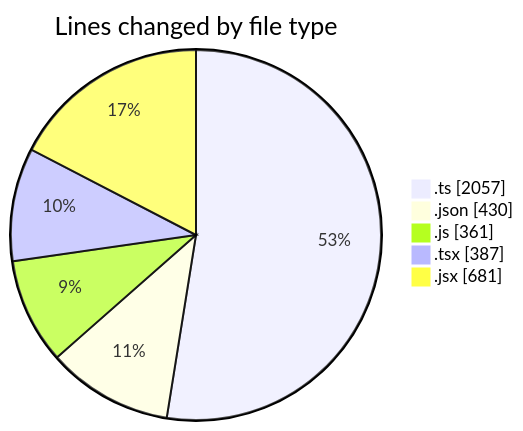
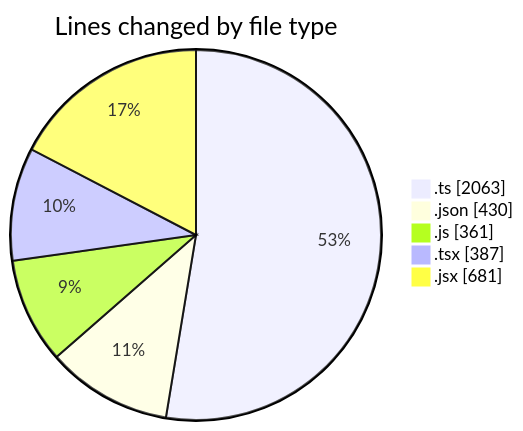
Before and after one commit to momahboobian/code-tracking: the first of 2 diagrams in 2025-10-29/cda/README.md, drawn with Mermaid. The commit also changed other lines of this file and 1 other file, not shown here.

````diff
--- a/2025-10-29/cda/README.md
+++ b/2025-10-29/cda/README.md
@@ -33,9 +33,9 @@
 ```mermaid
 pie showData
 title Lines changed by file type
-".ts" : 2057
+".ts" : 2063
 ".json" : 430
 ".js" : 361
 ".tsx" : 387
 ".jsx" : 681
 ```
````
